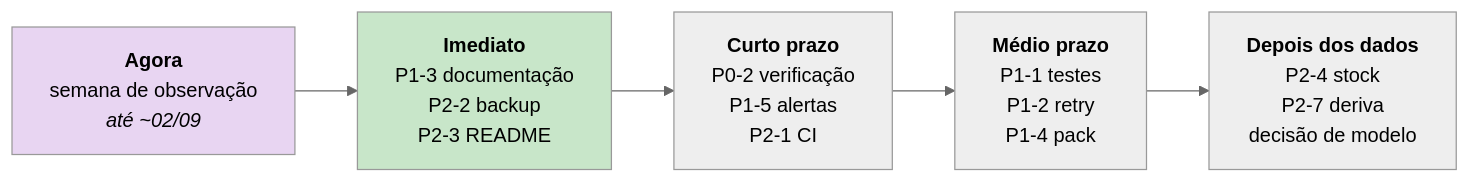
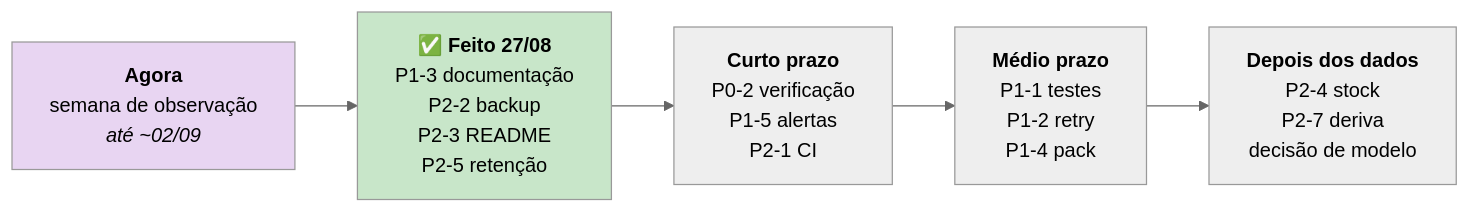
One commit to joaocarvalhini/Outlook-Reply-Assistant changed the third of 3 diagrams in docs/07-roadmap/improvements.md. Above: the diagram before and after it, drawn with Mermaid (neutral theme). The commit also changed other lines of this file and 15 other files, not shown here.

````diff
--- a/docs/07-roadmap/improvements.md
+++ b/docs/07-roadmap/improvements.md
@@ -190,10 +184,10 @@
 ```mermaid
 flowchart LR
-    A["<b>Agora</b><br/>semana de observação<br/><i>até ~02/09</i>"] --> B["<b>Imediato</b><br/>P1-3 documentação<br/>P2-2 backup<br/>P2-3 README"]
+    A["<b>Agora</b><br/>semana de observação<br/><i>até ~02/09</i>"] --> B["<b>✅ Feito 27/08</b><br/>P1-3 documentação<br/>P2-2 backup<br/>P2-3 README<br/>P2-5 retenção"]
     B --> C["<b>Curto prazo</b><br/>P0-2 verificação<br/>P1-5 alertas<br/>P2-1 CI"]
     C --> D["<b>Médio prazo</b><br/>P1-1 testes<br/>P1-2 retry<br/>P1-4 pack"]
     D --> E["<b>Depois dos dados</b><br/>P2-4 stock<br/>P2-7 deriva<br/>decisão de modelo"]
 
     style A fill:#e8d5f2
     style B fill:#c8e6c9
 ```
````
